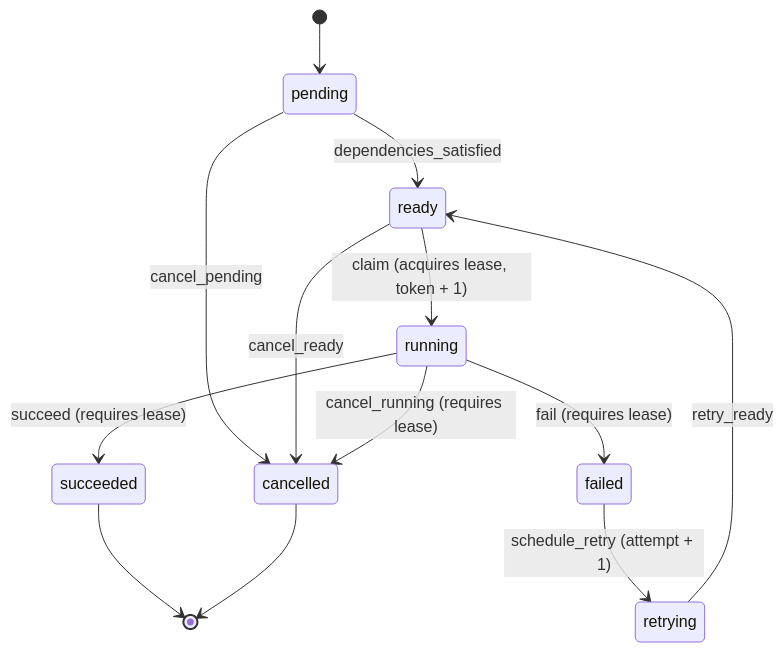
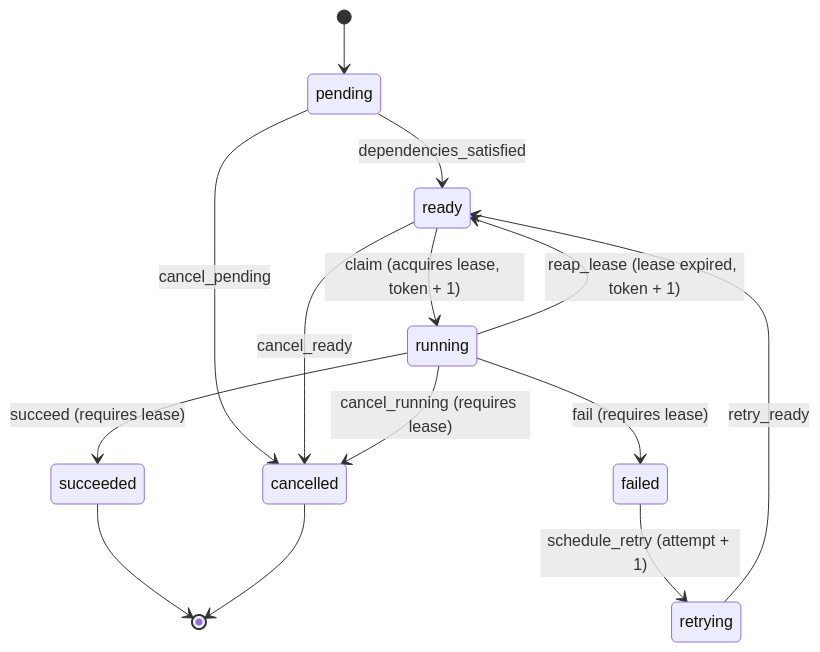
The second of 3 diagrams in docs/architecture/execution-model.md (Abolfazlrwm/flowforge), drawn with Mermaid before and after one commit. The commit also changed other lines of this file and 8 other files, not shown here.

````diff
--- a/docs/architecture/execution-model.md
+++ b/docs/architecture/execution-model.md
@@ -48,15 +48,16 @@
 ```mermaid
 stateDiagram-v2
     [*] --> pending
     pending --> ready : dependencies_satisfied
     pending --> cancelled : cancel_pending
     ready --> running : claim (acquires lease, token + 1)
     ready --> cancelled : cancel_ready
     running --> succeeded : succeed (requires lease)
     running --> failed : fail (requires lease)
     running --> cancelled : cancel_running (requires lease)
+    running --> ready : reap_lease (lease expired, token + 1)
     failed --> retrying : schedule_retry (attempt + 1)
     retrying --> ready : retry_ready
     succeeded --> [*]
     cancelled --> [*]
 ```
````
